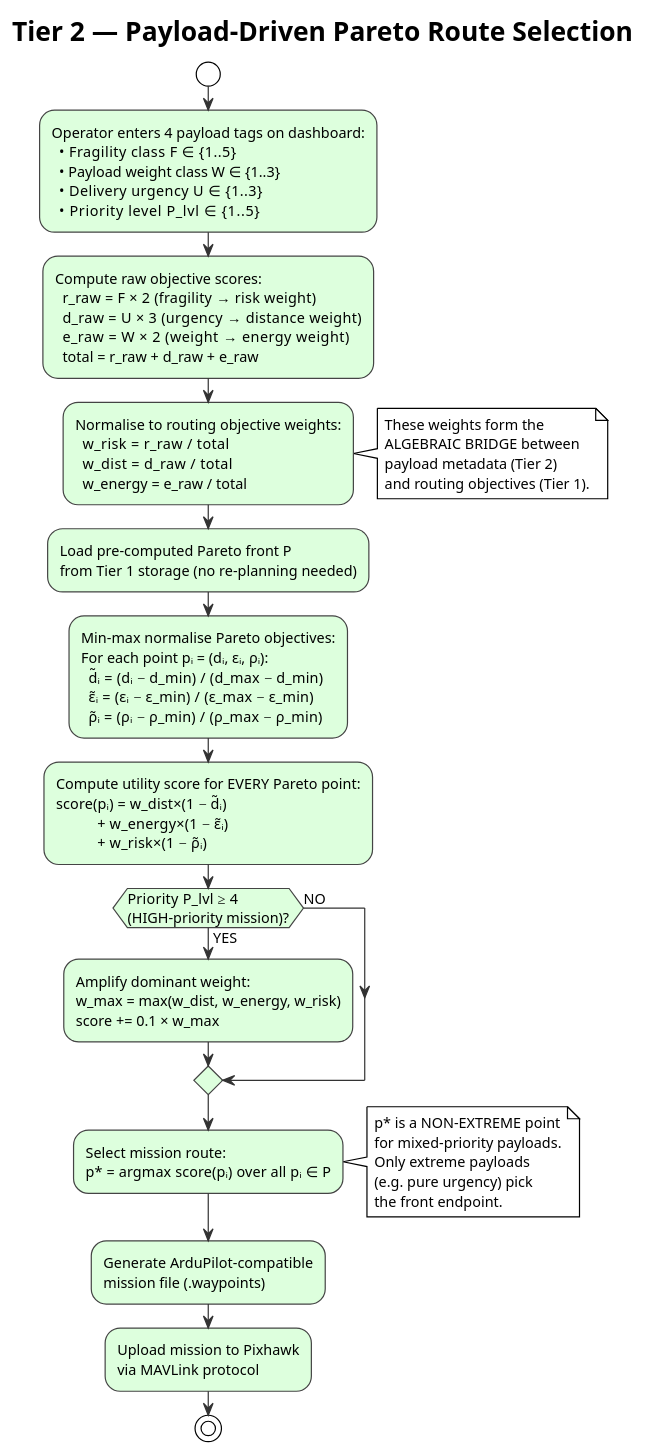
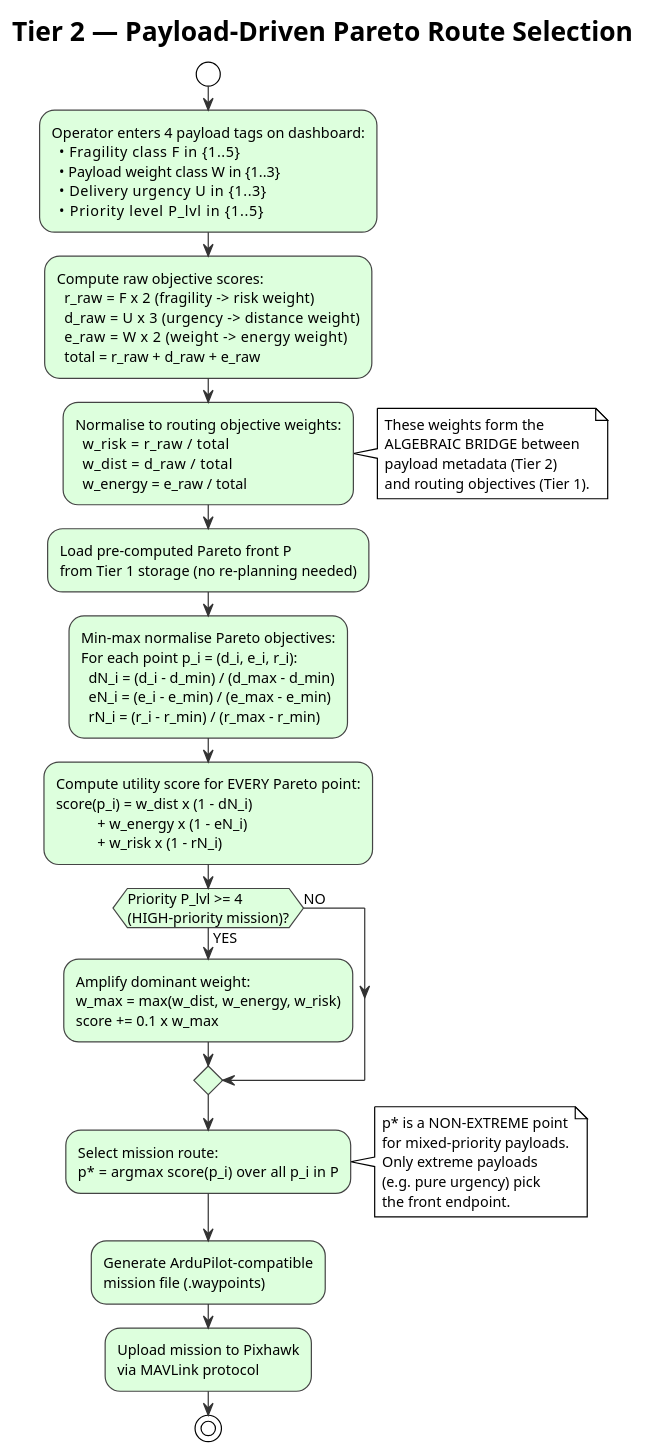
One commit to thirumuruganra/fyp-drone changed the diagram in Review 1/Phase 1 Report/diagrams/tier2.puml. Above: the diagram before and after it, drawn with PlantUML. The commit also changed 1 other file, not shown here.

Commit message:
docs(diagrams): replace unicode glyphs with ASCII in tier2 flowchart

```diff
--- a/Review 1/Phase 1 Report/diagrams/tier2.puml
+++ b/Review 1/Phase 1 Report/diagrams/tier2.puml
@@ -1,51 +1,51 @@
 @startuml tier2
 !theme plain
 skinparam defaultFontSize 12
 skinparam ActivityBorderColor #444444
 skinparam ActivityBackgroundColor #DDFFDD
 skinparam ArrowColor #333333
 
 title Tier 2 — Payload-Driven Pareto Route Selection
 
 start
 
-:Operator enters 4 payload tags on dashboard:\n  • Fragility class    F ∈ {1..5}\n  • Payload weight class W ∈ {1..3}\n  • Delivery urgency    U ∈ {1..3}\n  • Priority level      P_lvl ∈ {1..5};
+:Operator enters 4 payload tags on dashboard:\n  • Fragility class     F in {1..5}\n  • Payload weight class W in {1..3}\n  • Delivery urgency     U in {1..3}\n  • Priority level       P_lvl in {1..5};
 
-:Compute raw objective scores:\n  r_raw = F × 2    (fragility → risk weight)\n  d_raw = U × 3    (urgency  → distance weight)\n  e_raw = W × 2    (weight   → energy weight)\n  total = r_raw + d_raw + e_raw;
+:Compute raw objective scores:\n  r_raw = F x 2   (fragility -> risk weight)\n  d_raw = U x 3   (urgency  -> distance weight)\n  e_raw = W x 2   (weight   -> energy weight)\n  total = r_raw + d_raw + e_raw;
 
 :Normalise to routing objective weights:\n  w_risk   = r_raw / total\n  w_dist   = d_raw / total\n  w_energy = e_raw / total;
 
 note right
   These weights form the
   ALGEBRAIC BRIDGE between
   payload metadata (Tier 2)
   and routing objectives (Tier 1).
 end note
 
 :Load pre-computed Pareto front P\nfrom Tier 1 storage (no re-planning needed);
 
-:Min-max normalise Pareto objectives:\nFor each point pᵢ = (dᵢ, εᵢ, ρᵢ):\n  d̃ᵢ = (dᵢ − d_min) / (d_max − d_min)\n  ε̃ᵢ = (εᵢ − ε_min) / (ε_max − ε_min)\n  ρ̃ᵢ = (ρᵢ − ρ_min) / (ρ_max − ρ_min);
+:Min-max normalise Pareto objectives:\nFor each point p_i = (d_i, e_i, r_i):\n  dN_i = (d_i - d_min) / (d_max - d_min)\n  eN_i = (e_i - e_min) / (e_max - e_min)\n  rN_i = (r_i - r_min) / (r_max - r_min);
 
-:Compute utility score for EVERY Pareto point:\nscore(pᵢ) = w_dist×(1 − d̃ᵢ)\n           + w_energy×(1 − ε̃ᵢ)\n           + w_risk×(1 − ρ̃ᵢ);
+:Compute utility score for EVERY Pareto point:\nscore(p_i) = w_dist x (1 - dN_i)\n           + w_energy x (1 - eN_i)\n           + w_risk x (1 - rN_i);
 
-if (Priority P_lvl ≥ 4\n(HIGH-priority mission)?) then (YES)
-  :Amplify dominant weight:\nw_max = max(w_dist, w_energy, w_risk)\nscore += 0.1 × w_max;
+if (Priority P_lvl >= 4\n(HIGH-priority mission)?) then (YES)
+  :Amplify dominant weight:\nw_max = max(w_dist, w_energy, w_risk)\nscore += 0.1 x w_max;
 else (NO)
 endif
 
-:Select mission route:\np* = argmax score(pᵢ)  over all pᵢ ∈ P;
+:Select mission route:\np* = argmax score(p_i)  over all p_i in P;
 
 note right
   p* is a NON-EXTREME point
   for mixed-priority payloads.
   Only extreme payloads
   (e.g. pure urgency) pick
   the front endpoint.
 end note
 
 :Generate ArduPilot-compatible\nmission file (.waypoints);
 
 :Upload mission to Pixhawk\nvia MAVLink protocol;
 
 stop
 @enduml
```
